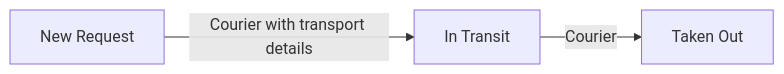
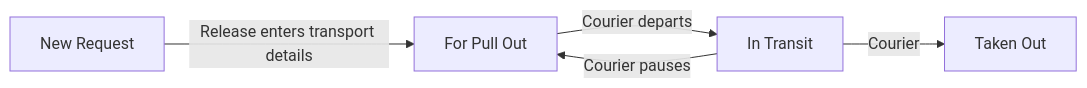
Before and after one commit to strugz/mdmpi_mobile_app: the second of 6 diagrams in docs/application/ANDROID_LOGISTICS_WORKFLOW_PRESENTATION.md, drawn with Mermaid. The commit also changed other lines of this file and 24 other files, not shown here.

```diff
--- a/docs/application/ANDROID_LOGISTICS_WORKFLOW_PRESENTATION.md
+++ b/docs/application/ANDROID_LOGISTICS_WORKFLOW_PRESENTATION.md
@@ -91,5 +92,7 @@
 ~~~mermaid
 flowchart LR
-    A["New Request"] -->|Courier with transport details| B["In Transit"]
-    B -->|Courier| C["Taken Out"]
+    A["New Request"] -->|Release enters transport details| B["For Pull Out"]
+    B -->|Courier departs| C["In Transit"]
+    C -->|Courier| D["Taken Out"]
+    C -->|Courier pauses| B
 ~~~
```
